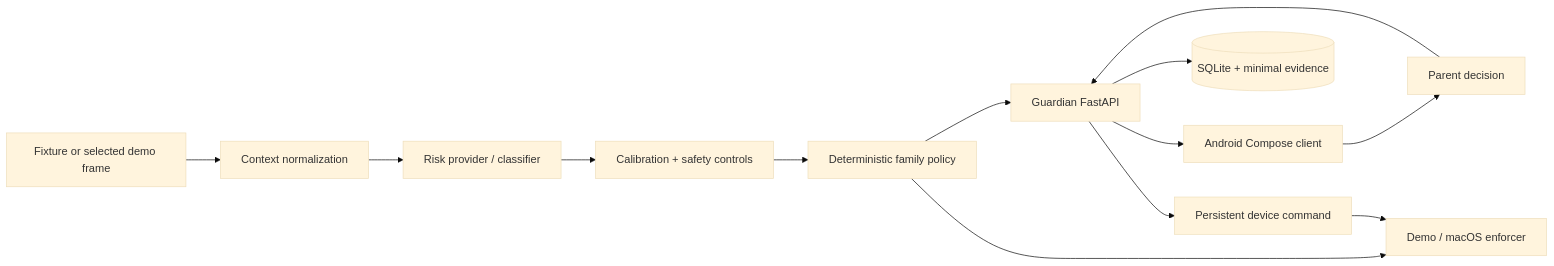
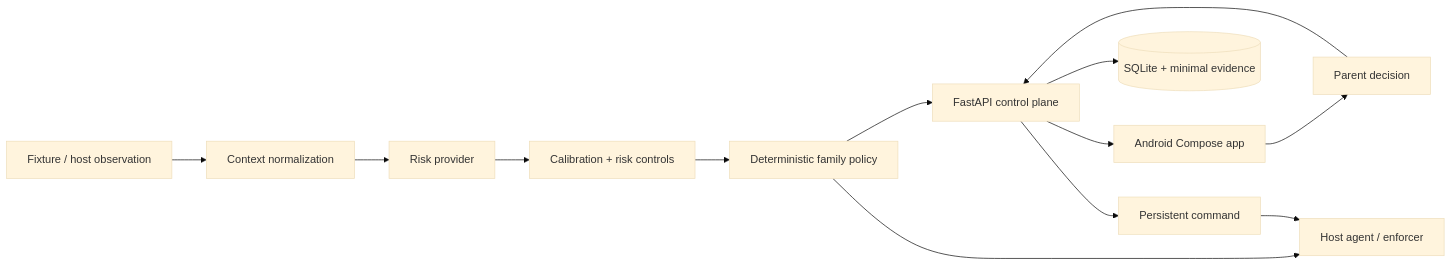
Before and after one commit to luqhe/Hackaton-OpenAI-2026: the diagram in README.md, drawn with Mermaid (base theme). The commit also changed other lines of this file, not shown here.

````diff
--- a/README.md
+++ b/README.md
@@ -19,17 +16,17 @@
 ```mermaid
 flowchart LR
-    INPUT["Fixture or selected demo frame"] --> CONTEXT["Context normalization"]
-    CONTEXT --> RISK["Risk provider / classifier"]
-    RISK --> CAL["Calibration + safety controls"]
+    INPUT["Fixture / host observation"] --> CTX["Context normalization"]
+    CTX --> RISK["Risk provider"]
+    RISK --> CAL["Calibration + risk controls"]
     CAL --> POLICY["Deterministic family policy"]
-    POLICY --> API["Guardian FastAPI"]
-    POLICY --> AGENT["Demo / macOS enforcer"]
+    POLICY --> API["FastAPI control plane"]
+    POLICY --> HOST["Host agent / enforcer"]
 
-    API --> ANDROID["Android Compose client"]
+    API --> ANDROID["Android Compose app"]
     ANDROID --> DECISION["Parent decision"]
     DECISION --> API
 
     API --> DB[("SQLite + minimal evidence")]
-    API --> COMMAND["Persistent device command"]
-    COMMAND --> AGENT
+    API --> CMD["Persistent command"]
+    CMD --> HOST
 ```
````
